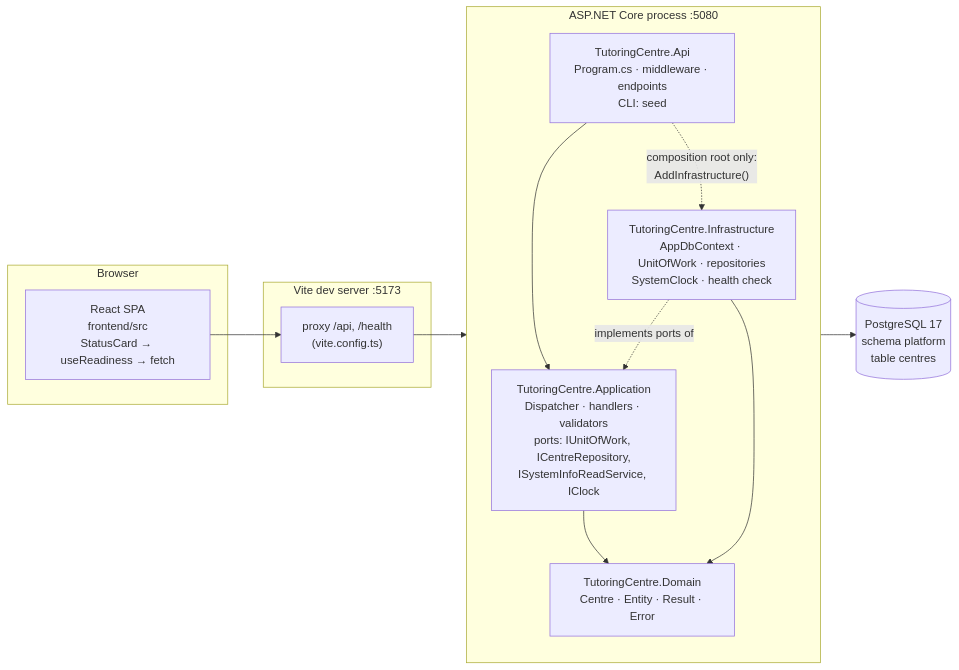
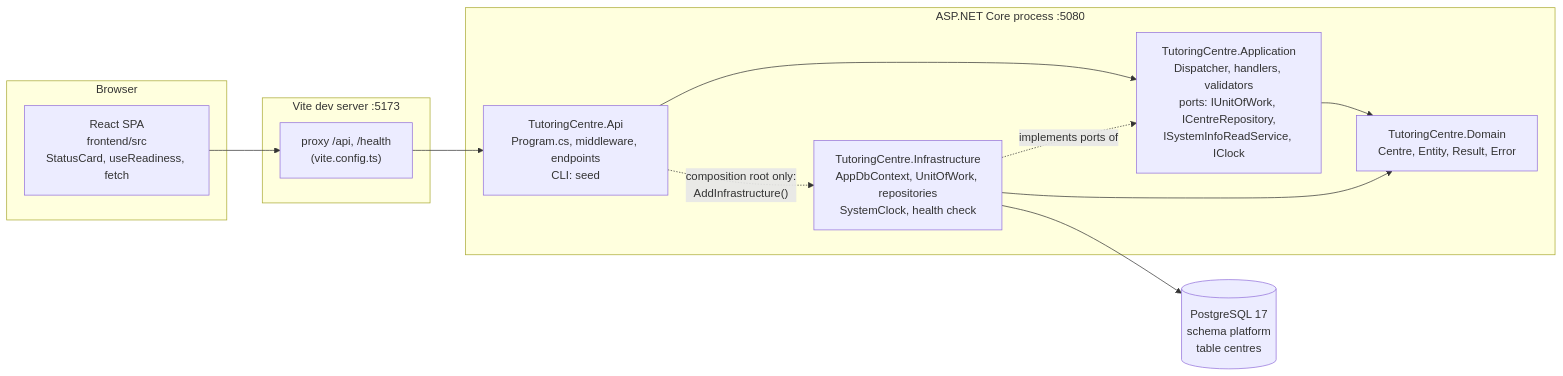
Before and after one commit to youssef623/tutoring-centre: the first of 5 diagrams in docs/PROJECT_OVERVIEW.md, drawn with Mermaid.

Commit message:
docs: make high-level architecture diagram render on GitHub
Remove subgraph direction override, quote the dotted-edge label and
drop non-ASCII separators that GitHub's Mermaid renderer rejects.

Claude-Session: https://claude.ai/code/session_01JCyKUv3WFtVqkGZpWunMzx

````diff
--- a/docs/PROJECT_OVERVIEW.md
+++ b/docs/PROJECT_OVERVIEW.md
@@ -150,25 +150,24 @@
 ```mermaid
 flowchart LR
     subgraph Browser
-        SPA["React SPA<br/>frontend/src<br/>StatusCard → useReadiness → fetch"]
+        SPA["React SPA<br/>frontend/src<br/>StatusCard, useReadiness, fetch"]
     end
     subgraph Dev["Vite dev server :5173"]
         Proxy["proxy /api, /health<br/>(vite.config.ts)"]
     end
     subgraph Backend["ASP.NET Core process :5080"]
-        direction TB
-        Api["TutoringCentre.Api<br/>Program.cs · middleware · endpoints<br/>CLI: seed"]
-        App["TutoringCentre.Application<br/>Dispatcher · handlers · validators<br/>ports: IUnitOfWork, ICentreRepository,<br/>ISystemInfoReadService, IClock"]
-        Dom["TutoringCentre.Domain<br/>Centre · Entity · Result · Error"]
-        Infra["TutoringCentre.Infrastructure<br/>AppDbContext · UnitOfWork · repositories<br/>SystemClock · health check"]
+        Api["TutoringCentre.Api<br/>Program.cs, middleware, endpoints<br/>CLI: seed"]
+        App["TutoringCentre.Application<br/>Dispatcher, handlers, validators<br/>ports: IUnitOfWork, ICentreRepository,<br/>ISystemInfoReadService, IClock"]
+        Dom["TutoringCentre.Domain<br/>Centre, Entity, Result, Error"]
+        Infra["TutoringCentre.Infrastructure<br/>AppDbContext, UnitOfWork, repositories<br/>SystemClock, health check"]
     end
     PG[("PostgreSQL 17<br/>schema platform<br/>table centres")]
 
     SPA --> Proxy --> Api
     Api --> App
     App --> Dom
-    Infra -.implements ports of.-> App
+    Infra -. "implements ports of" .-> App
     Infra --> Dom
     Api -. "composition root only:<br/>AddInfrastructure()" .-> Infra
     Infra --> PG
 ```
````
